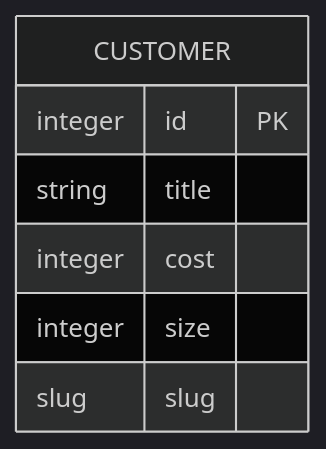
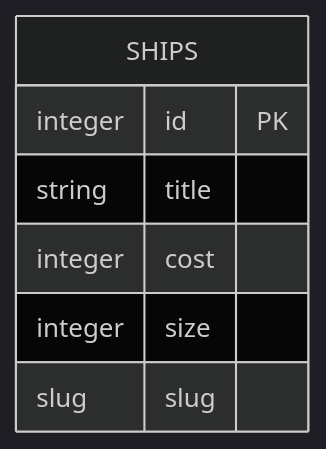
Before and after one commit to parsec-capitalism/backend: the diagram in README.md, drawn with Mermaid (dark theme).

````diff
--- a/README.md
+++ b/README.md
@@ -71,11 +71,11 @@
 ```mermaid
 erDiagram
-    CUSTOMER
-    CUSTOMER {
+    SHIPS
+    SHIPS {
         integer id PK
         string title 
         integer cost
         integer size
         slug slug
     }
 ```
````
